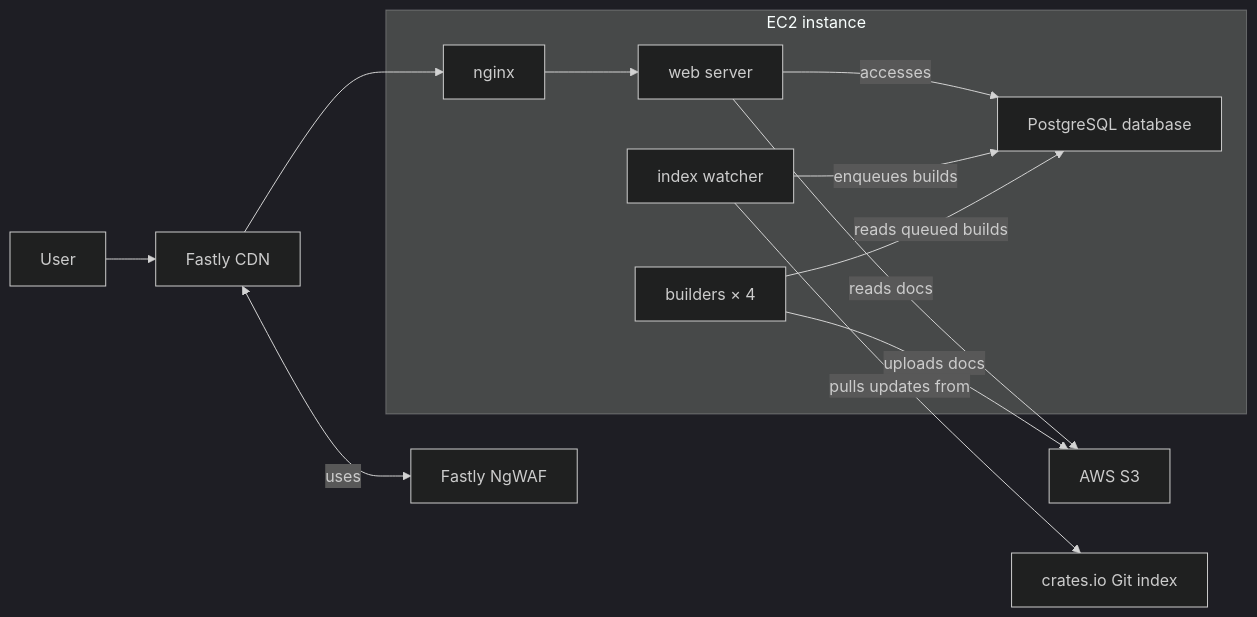
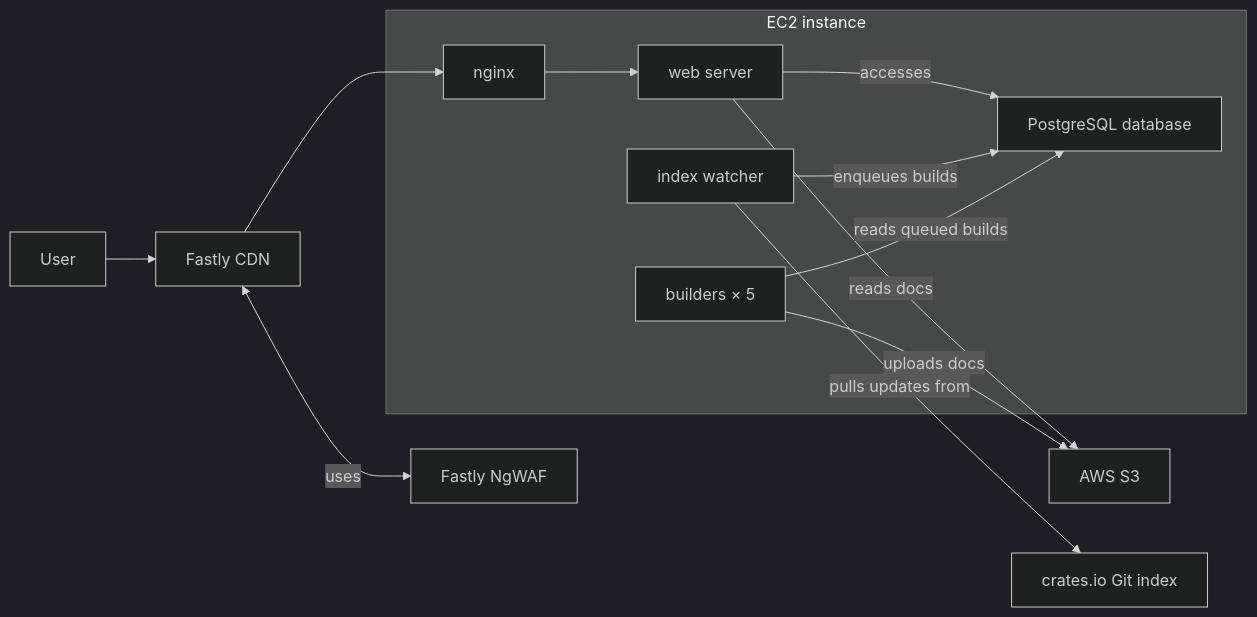
One commit to rust-lang/docs.rs changed the diagram in docs/src/infrastructure/legacy/overview.md. Above: the diagram before and after it, drawn with Mermaid (dark theme). The commit also changed other lines of this file and 12 other files, not shown here.

````diff
--- a/docs/src/infrastructure/legacy/overview.md
+++ b/docs/src/infrastructure/legacy/overview.md
@@ -5,17 +5,17 @@
 ```mermaid
 flowchart LR
   user[User] --> fastly[Fastly CDN]
   fastly <--> |uses| ngwaf[Fastly NgWAF]
 
   subgraph ec2[EC2 instance]
     nginx[nginx] --> web[web server] --> |accesses| psql[PostgreSQL database]
     watcher[index watcher] --> |enqueues builds| psql
-    builder[builders × 4] --> |reads queued builds| psql
+    builder[builders × 5] --> |reads queued builds| psql
   end
 
   fastly --> nginx
   web -->|reads docs| s3[AWS S3]
   builder --> |uploads docs| s3
 
   watcher --> |pulls updates from| index[crates.io Git index]
 ```
````
